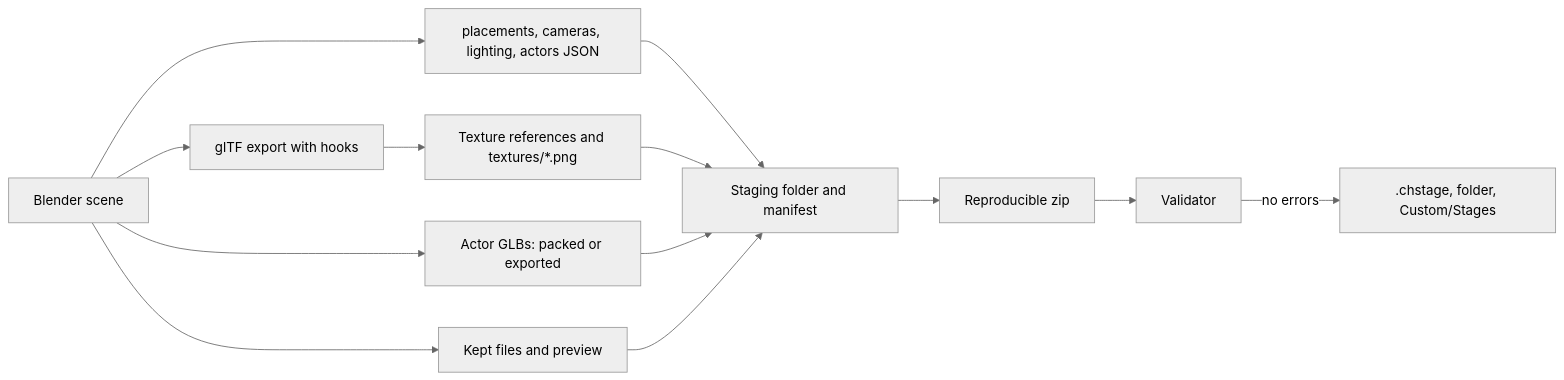
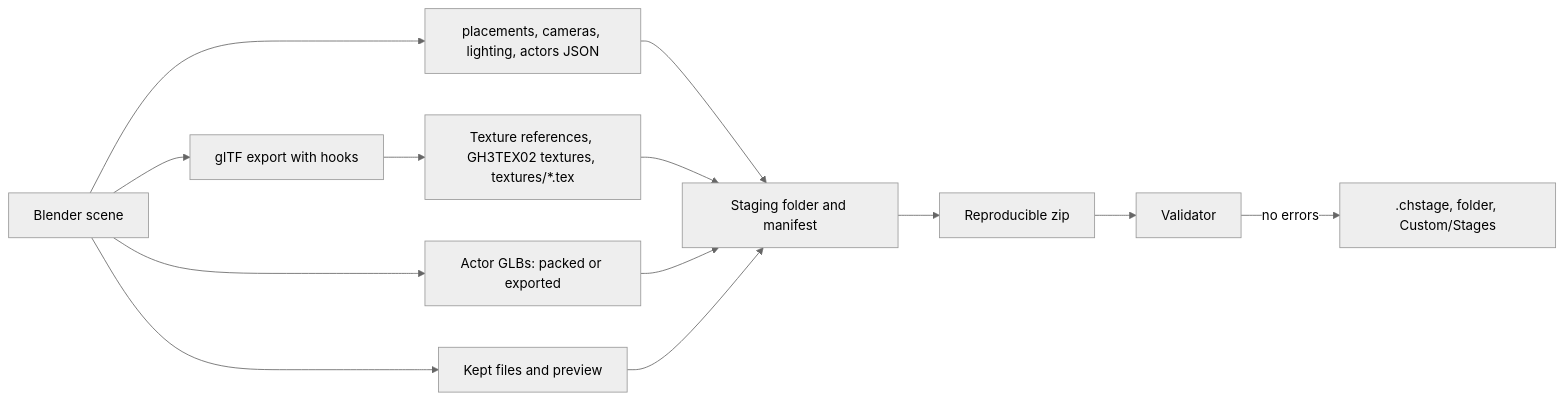
One commit to heditwo/gh3-clonehero-skin changed the first of 3 diagrams in docs/BLENDER-ADDON.md. Above: the diagram before and after it, drawn with Mermaid (neutral theme). The commit also changed other lines of this file and 8 other files, not shown here.

````diff
--- a/docs/BLENDER-ADDON.md
+++ b/docs/BLENDER-ADDON.md
@@ -353,15 +355,15 @@
 ```mermaid
 flowchart LR
     Scene[Blender scene] --> Sidecars[placements, cameras, lighting, actors JSON]
     Scene --> Glb[glTF export with hooks]
-    Glb --> Finish[Texture references and textures/*.png]
+    Glb --> Finish[Texture references, GH3TEX02 textures, textures/*.tex]
     Scene --> Actors[Actor GLBs: packed or exported]
     Scene --> Kept[Kept files and preview]
     Sidecars --> Folder[Staging folder and manifest]
     Finish --> Folder
     Actors --> Folder
     Kept --> Folder
     Folder --> Zip[Reproducible zip]
     Zip --> Validator
     Validator -->|no errors| Target[.chstage, folder, Custom/Stages]
 ```
````
